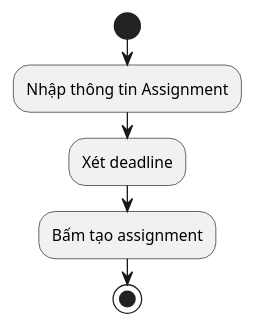
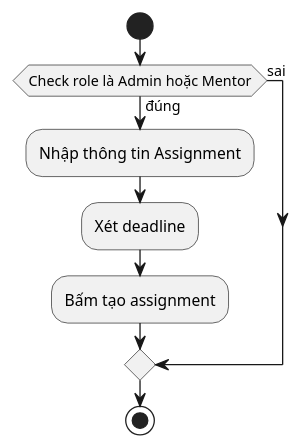
One commit to lamhan3012cmvn/Document__2School changed the diagram in Documents/Activiti/Assignment/Tao_Assignment/index.puml. Above: the diagram before and after it, drawn with PlantUML. The commit also changed 16 other files, not shown here.

```diff
--- a/Documents/Activiti/Assignment/Tao_Assignment/index.puml
+++ b/Documents/Activiti/Assignment/Tao_Assignment/index.puml
@@ -1,7 +1,10 @@
 @startuml TaoAssignment
 start
+if (Check role là Admin hoặc Mentor) is (đúng) then
 :Nhập thông tin Assignment;
 :Xét deadline;
 :Bấm tạo assignment;
+else (sai)
+endif
 stop
 @enduml
```
